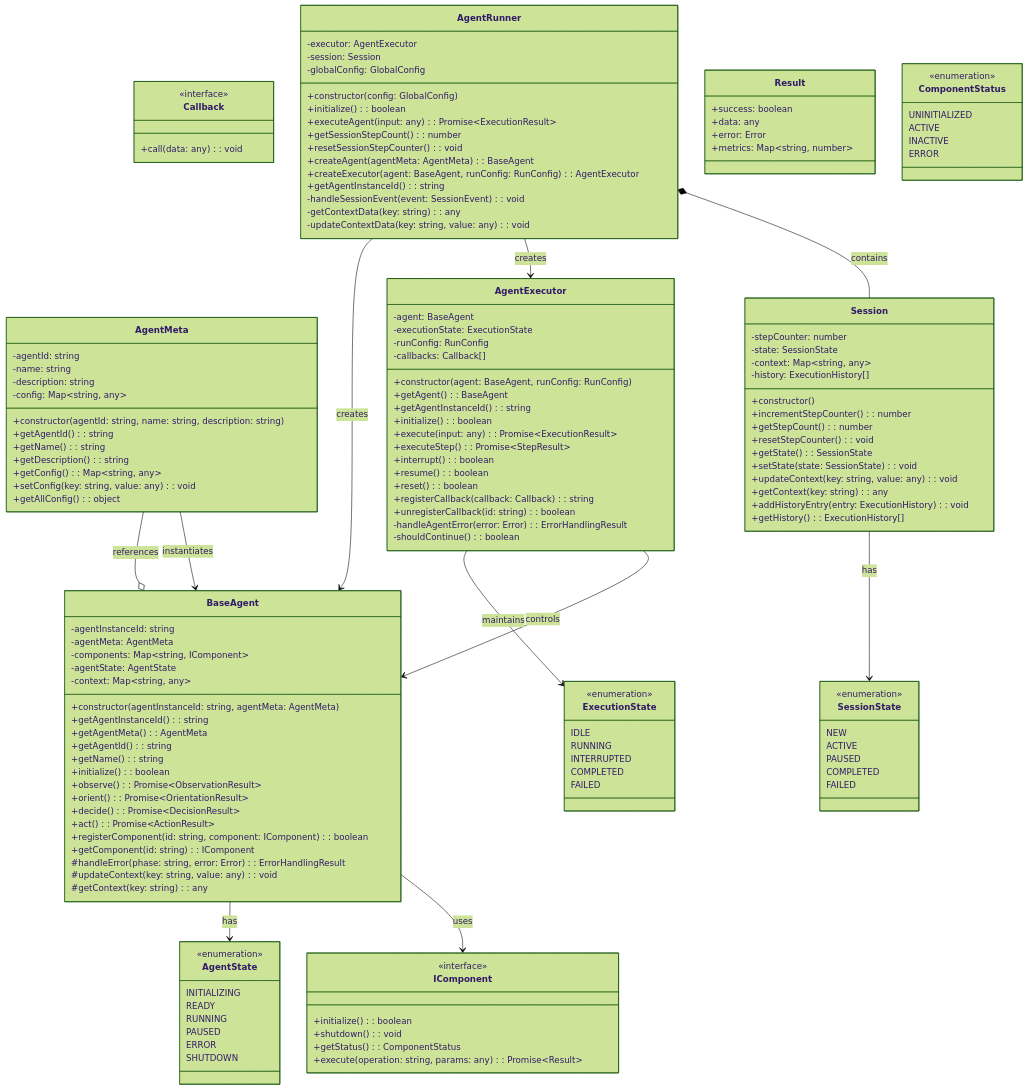
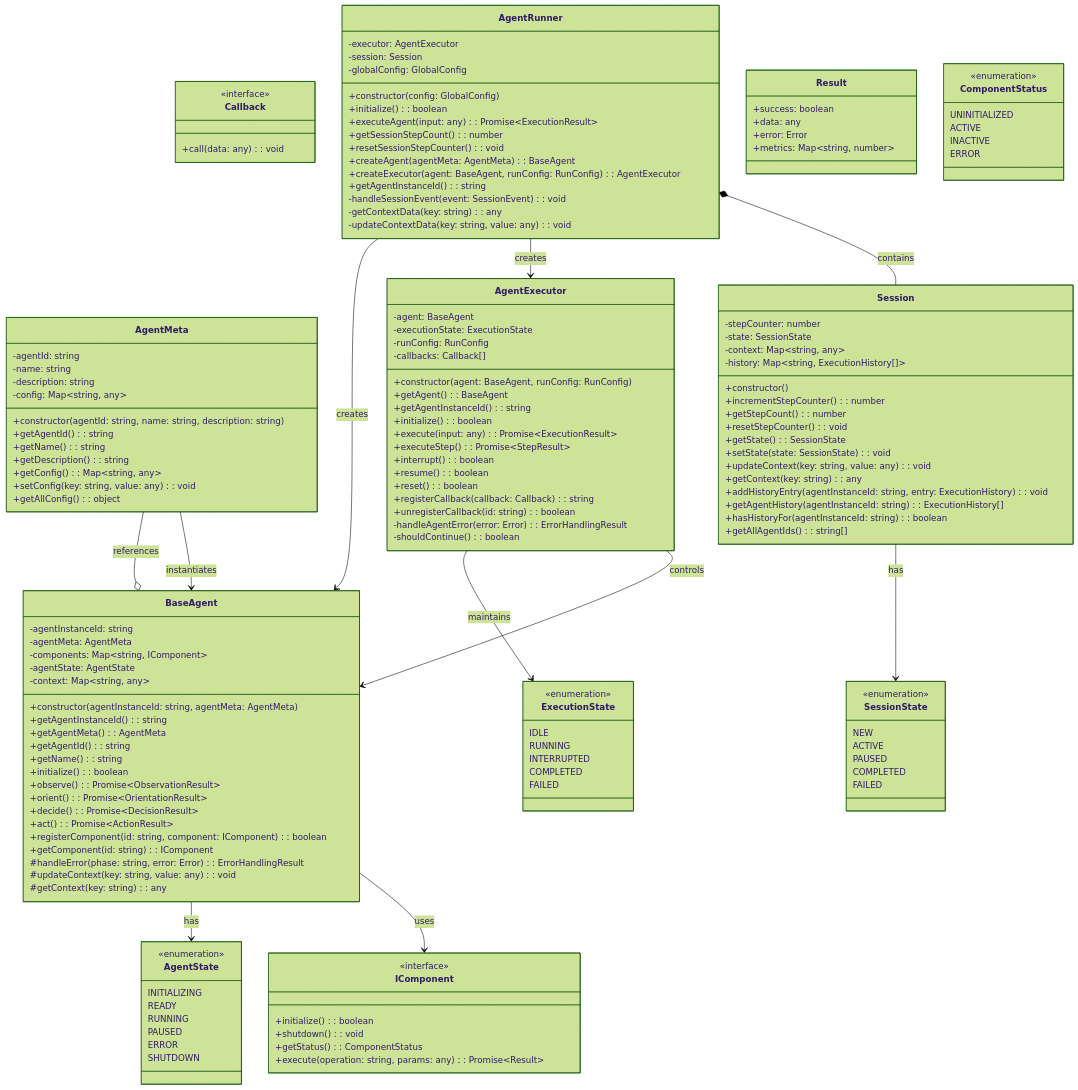
The diagram in all/未命名-2.md (DDtoma/iodraw-files), drawn with Mermaid (forest theme) before and after one commit.

Commit message:
2025-03-11 15:03:30 update

```diff
--- a/all/未命名-2.md
+++ b/all/未命名-2.md
@@ -35,7 +35,7 @@
         -stepCounter: number
         -state: SessionState
         -context: Map~string, any~
-        -history: ExecutionHistory[]
+        -history: Map~string, ExecutionHistory[]~
         +constructor()
         +incrementStepCounter(): number
         +getStepCount(): number
@@ -44,8 +44,10 @@
         +setState(state: SessionState): void
         +updateContext(key: string, value: any): void
         +getContext(key: string): any
-        +addHistoryEntry(entry: ExecutionHistory): void
-        +getHistory(): ExecutionHistory[]
+        +addHistoryEntry(agentInstanceId: string, entry: ExecutionHistory): void
+        +getAgentHistory(agentInstanceId: string): ExecutionHistory[]
+        +hasHistoryFor(agentInstanceId: string): boolean
+        +getAllAgentIds(): string[]
     }
     
     %% 核心类
```
